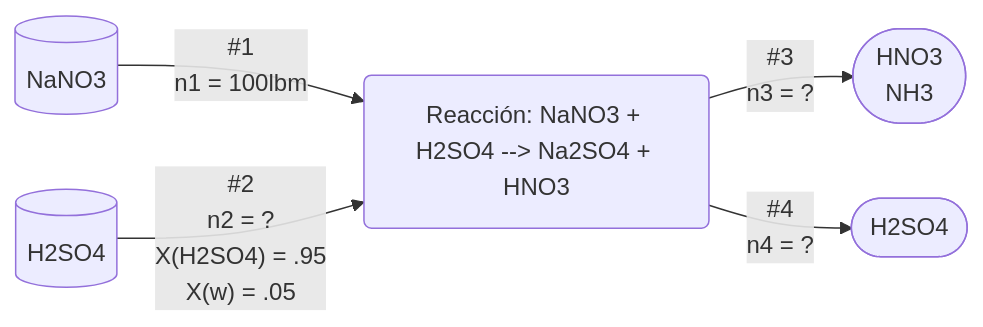
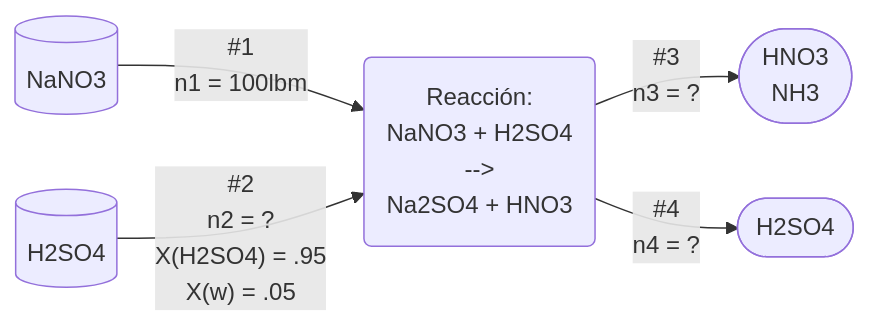
One commit to DarahRaccoon/Obsidian-Git changed the diagram in Obsidian/1 - Rough Notes/Ejercicios de balance de materia con reacción química.md. Above: the diagram before and after it, drawn with Mermaid. The commit also changed other lines of this file and 13 other files, not shown here.

````diff
--- a/Obsidian/1 - Rough Notes/Ejercicios de balance de materia con reacción química.md
+++ b/Obsidian/1 - Rough Notes/Ejercicios de balance de materia con reacción química.md
@@ -39,16 +39,16 @@
 ```mermaid
 flowchart LR
 		
 		A@{ shape: cyl, label: "NaNO3" }
 		B@{ shape: cyl, label: "H2SO4" }
 		
-		C("Reacción: NaNO3 + H2SO4 --> Na2SO4 + HNO3")
+		C("Reacción:<br>NaNO3 + H2SO4<br>--><br>Na2SO4 + HNO3")
 		
 		D@{ shape: stadium, label: "HNO3<br>NH3" }
 		E@{ shape: stadium, label: "H2SO4" }
 	
 	A --> |#1<br>n1 = 100lbm|C
 	B --> |"#2<br>n2 = ?<br>X(H2SO4) = .95<br>X(w) = .05"|C
 	C --> |#3<br>n3 = ?|D
 	C --> |#4<br>n4 = ?|E
 ```
````
